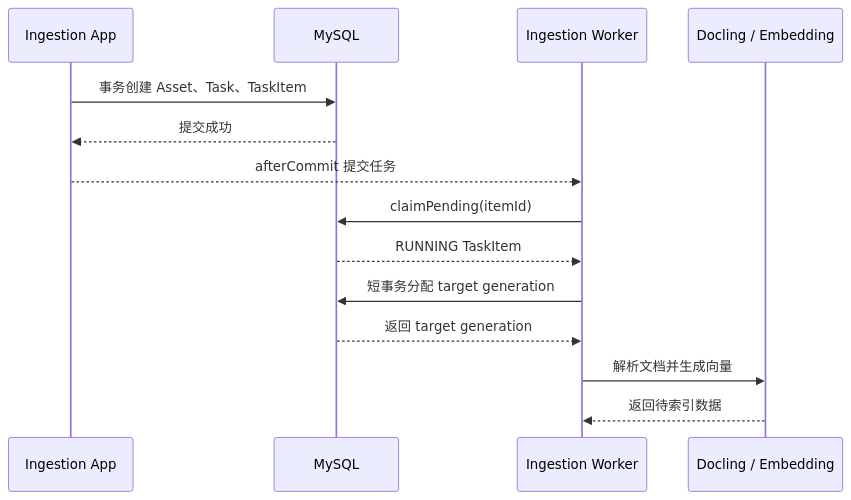
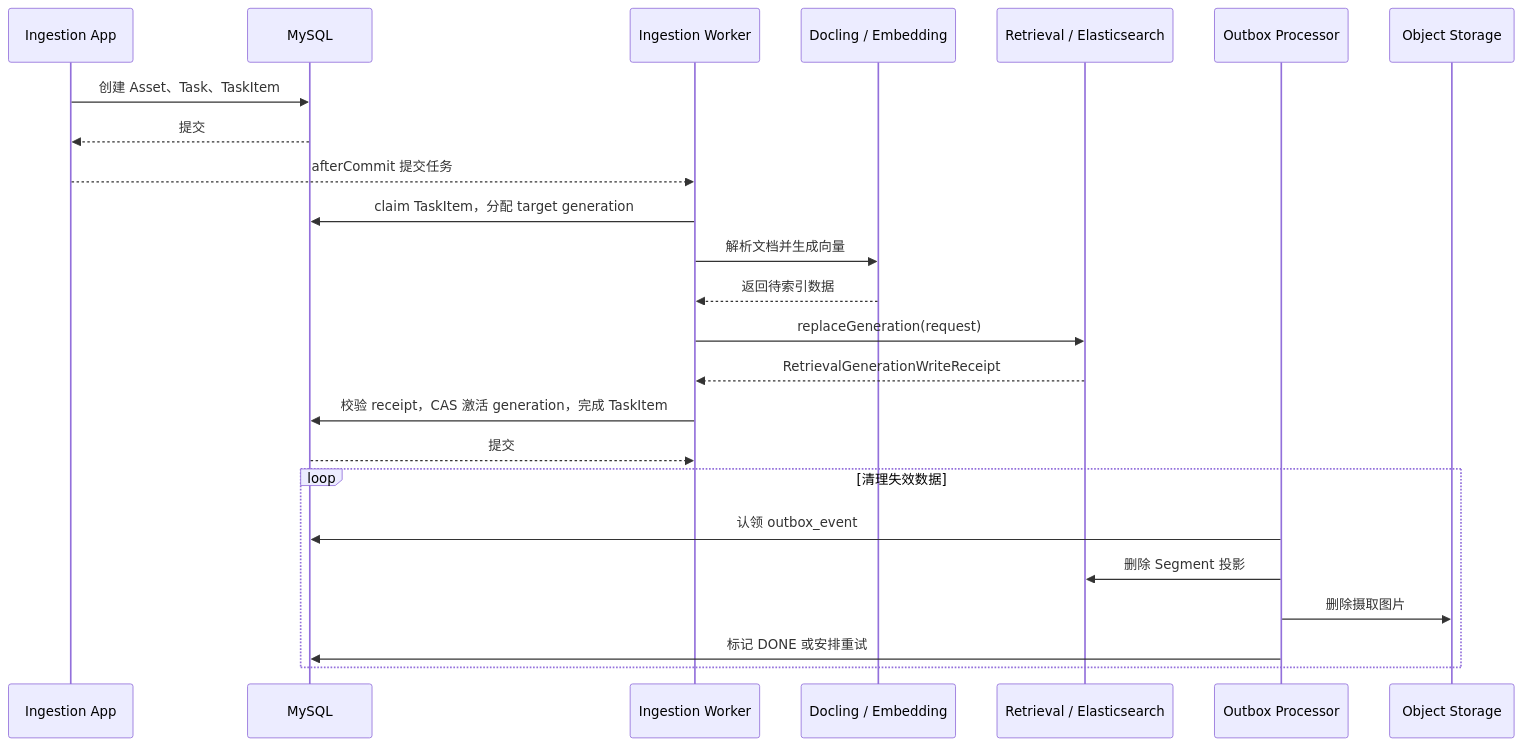
The second of 2 diagrams in docs/domain-boundaries-and-interactions.md (ryanmeowy/anchr-app), drawn with Mermaid before and after one commit. The commit also changed other lines of this file and 1 other file, not shown here.

Commit message:
Rewrites architecture docs to clarify RAG workflow and domain boundaries.

````diff
--- a/docs/domain-boundaries-and-interactions.md
+++ b/docs/domain-boundaries-and-interactions.md
@@ -267,17 +264,27 @@
 ```mermaid
 sequenceDiagram
-    participant App as Ingestion App
+    participant API as Ingestion App
     participant DB as MySQL
     participant Worker as Ingestion Worker
-    participant External as Docling / Embedding
+    participant AI as Docling / Embedding
+    participant RET as Retrieval / Elasticsearch
+    participant OB as Outbox Processor
+    participant STO as Object Storage
 
-    App->>DB: 事务创建 Asset、Task、TaskItem
-    DB-->>App: 提交成功
-    App-->>Worker: afterCommit 提交任务
-    Worker->>DB: claimPending(itemId)
-    DB-->>Worker: RUNNING TaskItem
-    Worker->>DB: 短事务分配 target generation
-    DB-->>Worker: 返回 target generation
-    Worker->>External: 解析文档并生成向量
-    External-->>Worker: 返回待索引数据
+    API->>DB: 创建 Asset、Task、TaskItem
+    DB-->>API: 提交
+    API-->>Worker: afterCommit 提交任务
+    Worker->>DB: claim TaskItem，分配 target generation
+    Worker->>AI: 解析文档并生成向量
+    AI-->>Worker: 返回待索引数据
+    Worker->>RET: replaceGeneration(request)
+    RET-->>Worker: RetrievalGenerationWriteReceipt
+    Worker->>DB: 校验 receipt，CAS 激活 generation，完成 TaskItem
+    DB-->>Worker: 提交
+    loop 清理失效数据
+        OB->>DB: 认领 outbox_event
+        OB->>RET: 删除 Segment 投影
+        OB->>STO: 删除摄取图片
+        OB->>DB: 标记 DONE 或安排重试
+    end
 ```
````
